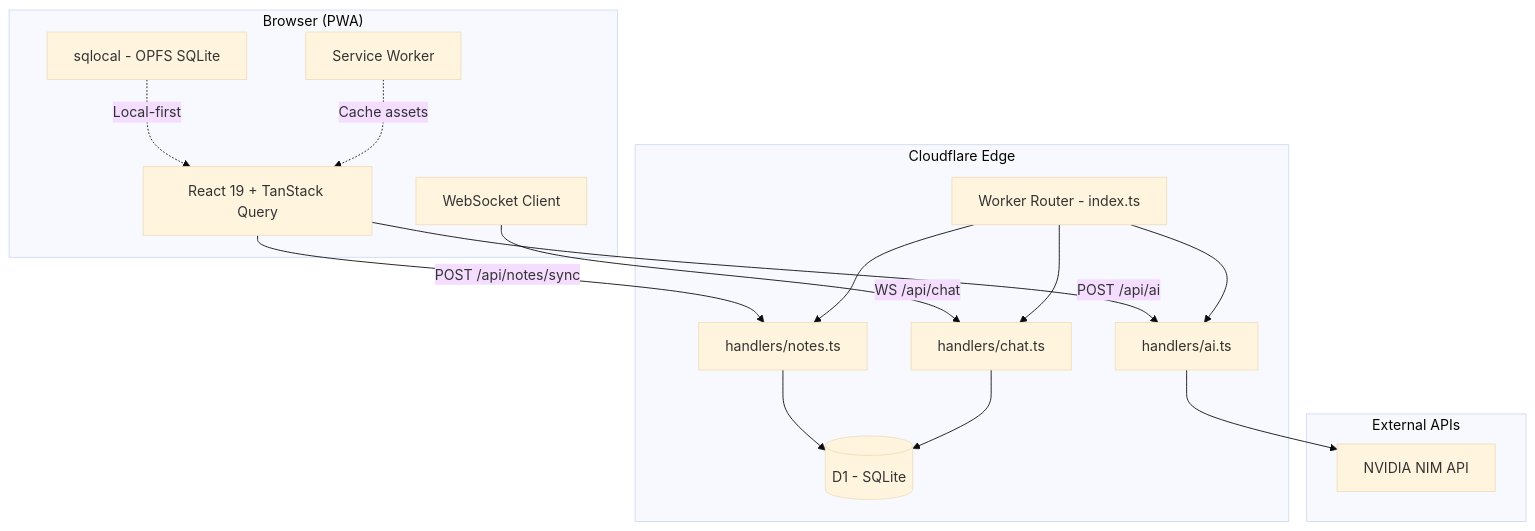
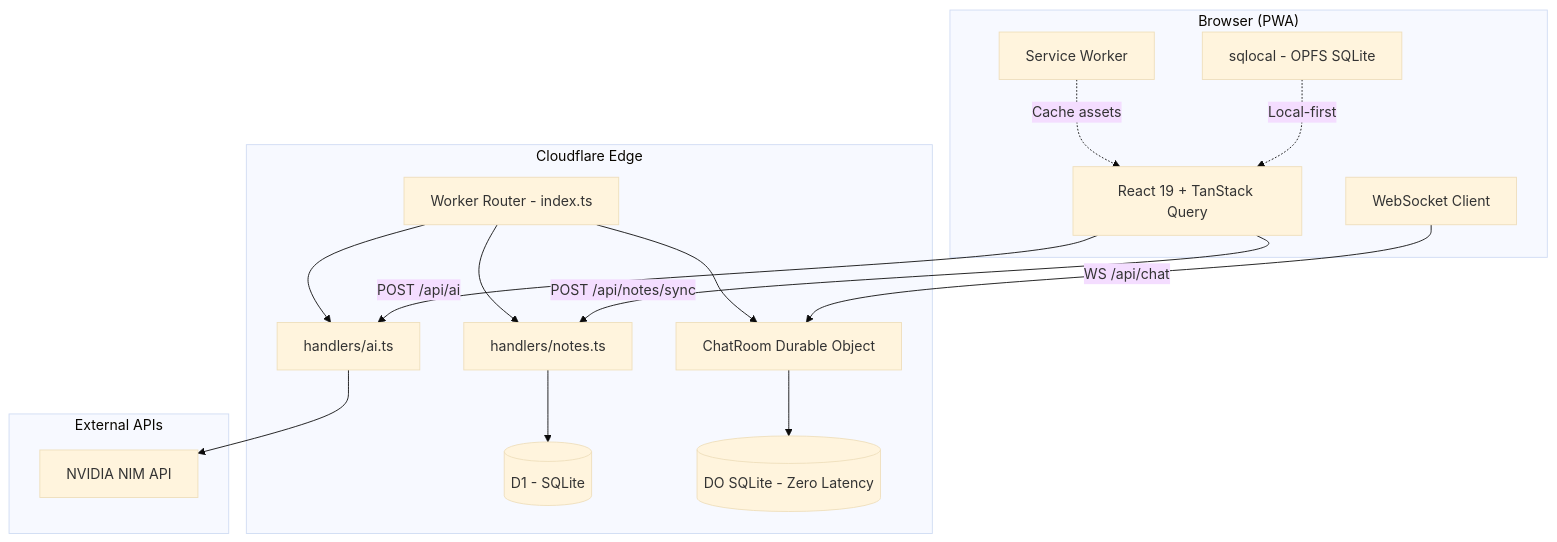
The first of 3 diagrams in README.md (shreyam1008/buggy), drawn with Mermaid (base theme) before and after one commit. The commit also changed other lines of this file and 4 other files, not shown here.

Commit message:
feat: migrate chat to Cloudflare Durable Objects with SQLite, update frontend routing, and adjust canonical URLs.

````diff
--- a/README.md
+++ b/README.md
@@ -43,33 +43,34 @@
 ```mermaid
 graph TB
     subgraph Client["Browser (PWA)"]
         SW[Service Worker]
         React[React 19 + TanStack Query]
         SQLite[sqlocal - OPFS SQLite]
         WS_Client[WebSocket Client]
     end
 
     subgraph Edge["Cloudflare Edge"]
         Worker[Worker Router - index.ts]
         NotesH[handlers/notes.ts]
         AIH[handlers/ai.ts]
-        ChatH[handlers/chat.ts]
         D1[(D1 - SQLite)]
+        DO[ChatRoom Durable Object]
+        DOSQL[(DO SQLite - Zero Latency)]
     end
 
     subgraph External["External APIs"]
         NVIDIA[NVIDIA NIM API]
     end
 
     React -->|POST /api/notes/sync| NotesH
     React -->|POST /api/ai| AIH
-    WS_Client -->|WS /api/chat| ChatH
+    WS_Client -->|WS /api/chat| DO
     SQLite -.->|Local-first| React
     Worker --> NotesH
     Worker --> AIH
-    Worker --> ChatH
+    Worker --> DO
     NotesH --> D1
-    ChatH --> D1
+    DO --> DOSQL
     AIH --> NVIDIA
     SW -.->|Cache assets| React
 ```
````
